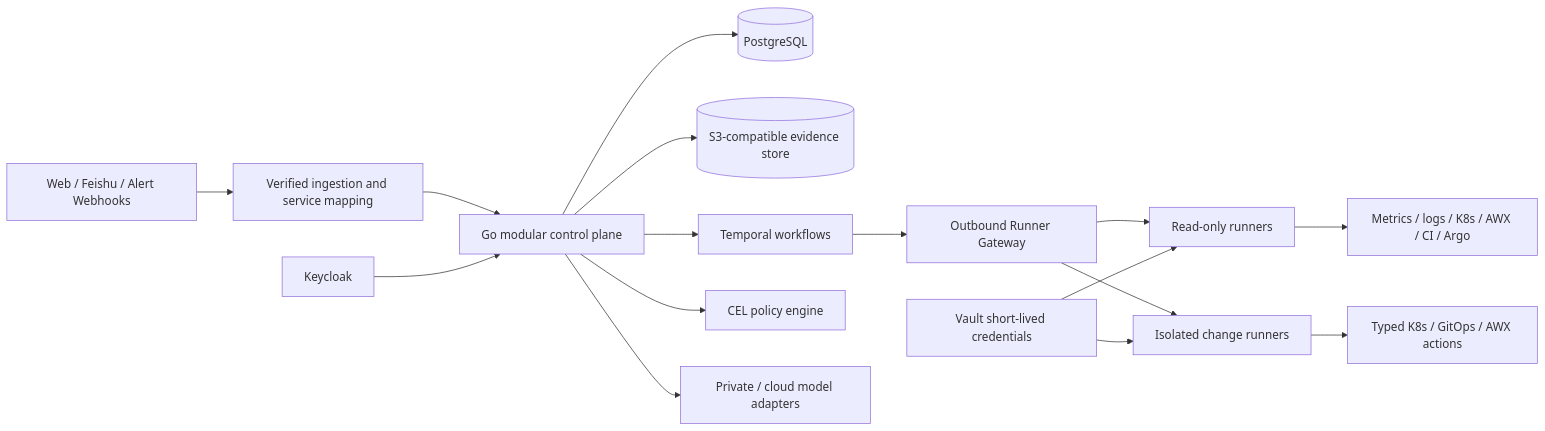
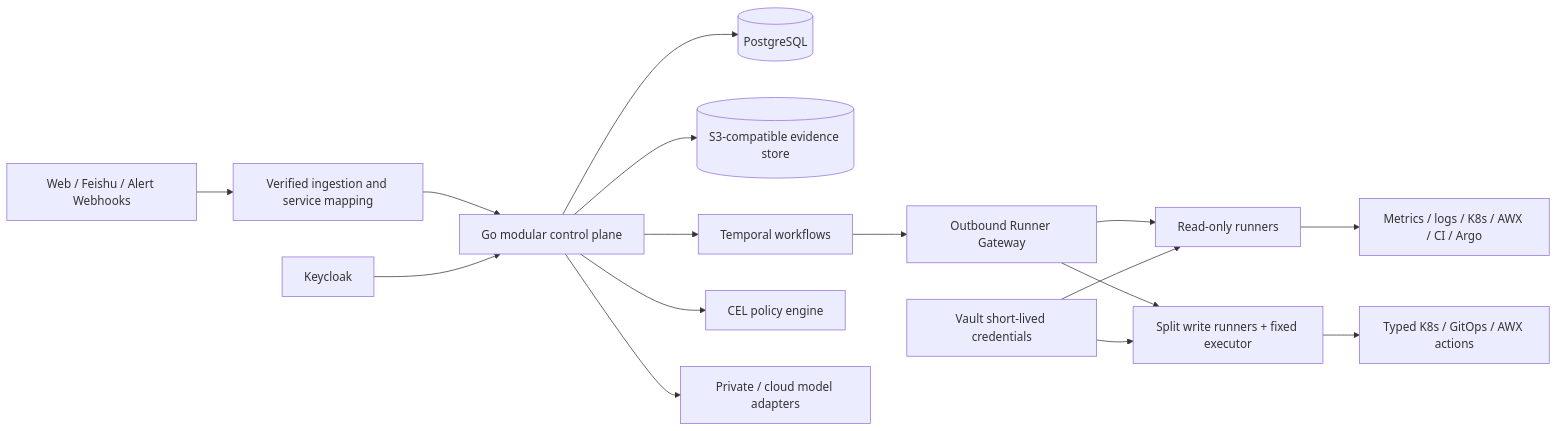
Before and after one commit to seaworld008/aiops-system: the diagram in README.md, drawn with Mermaid. The commit also changed other lines of this file and 64 other files, not shown here.

````diff
--- a/README.md
+++ b/README.md
@@ -41,20 +41,20 @@
 ```mermaid
 flowchart LR
     UI["Web / Feishu / Alert Webhooks"] --> IN["Verified ingestion and service mapping"]
     IN --> CP["Go modular control plane"]
     CP --> PG[(PostgreSQL)]
     CP --> OBJ[(S3-compatible evidence store)]
     CP --> TW["Temporal workflows"]
     CP --> CEL["CEL policy engine"]
     CP --> AI["Private / cloud model adapters"]
 
     TW --> GW["Outbound Runner Gateway"]
     GW --> RR["Read-only runners"]
-    GW --> WR["Isolated change runners"]
+    GW --> WR["Split write runners + fixed executor"]
     RR --> OBS["Metrics / logs / K8s / AWX / CI / Argo"]
     WR --> MUT["Typed K8s / GitOps / AWX actions"]
 
     KC["Keycloak"] --> CP
     VAULT["Vault short-lived credentials"] --> RR
     VAULT --> WR
 ```
````
